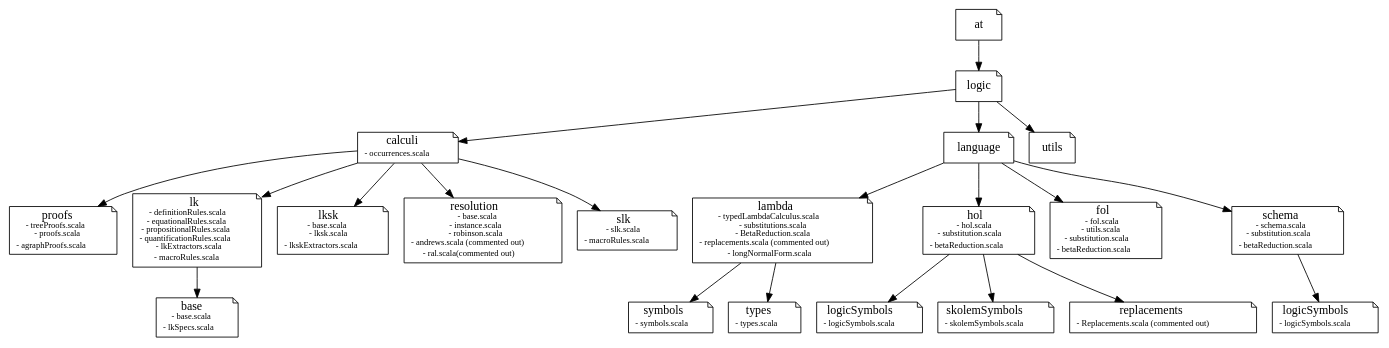
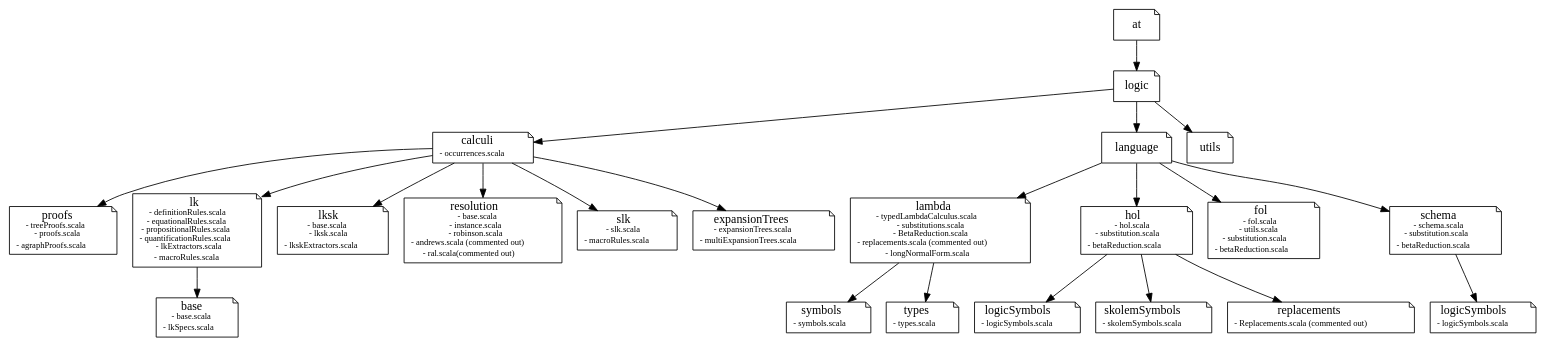
One commit to mschlaipfer/gapt changed the diagram in doc/packages.gv. Above: the diagram before and after it, drawn with Graphviz. The commit also changed 6 other files, not shown here.

Commit message:
Expansion trees is ok. This finishes package syntax.

```diff
--- a/doc/packages.gv
+++ b/doc/packages.gv
@@ -1,39 +1,41 @@
 # Command: dot packages.gv -Tpng > packages.png
 
 digraph G {
   node [shape=note];
   lambda [label=< lambda<br/><font point-size="10pt">- typedLambdaCalculus.scala<br/>- substitutions.scala<br/>- BetaReduction.scala<br/>- replacements.scala (commented out)<br/>- longNormalForm.scala</font> >]
   symbols [label=< symbols<br/><font point-size="10pt">- symbols.scala</font> >]
   types [label=< types<br/><font point-size="10pt">- types.scala</font> >]
   hol [label=< hol<br/><font point-size="10pt">- hol.scala<br/>- substitution.scala<br/>- betaReduction.scala</font> >]
   logicSymbols [label=< logicSymbols<br/><font point-size="10pt">- logicSymbols.scala</font> >]
   skolemSymbols [label=< skolemSymbols<br/><font point-size="10pt">- skolemSymbols.scala</font> >]
   replacements [label=< replacements<br/><font point-size="10pt">- Replacements.scala (commented out)</font> >]
   fol [label=< fol<br/><font point-size="10pt">- fol.scala<br/>- utils.scala<br/>- substitution.scala<br/>- betaReduction.scala</font> >]
   schema [label=< schema<br/><font point-size="10pt">- schema.scala<br/>- substitution.scala<br/>- betaReduction.scala</font> >]
   logicSymbols_schema [label=< logicSymbols<br/><font point-size="10pt">- logicSymbols.scala</font> >]
   calculi [label=< calculi<br/><font point-size="10pt">- occurrences.scala</font> >]
   proofs [label=< proofs<br/><font point-size="10pt">- treeProofs.scala<br/>- proofs.scala<br/>- agraphProofs.scala</font> >]
   lk [label=< lk<br/><font point-size="10pt">- definitionRules.scala<br/>- equationalRules.scala<br/>- propositionalRules.scala<br/>- quantificationRules.scala<br/>- lkExtractors.scala<br/>- macroRules.scala</font> >]
   base [label=< base<br/><font point-size="10pt">- base.scala<br/>- lkSpecs.scala</font> >]
   lksk [label=< lksk<br/><font point-size="10pt">- base.scala<br/>- lksk.scala<br/>- lkskExtractors.scala</font> >]
   resolution [label=< resolution<br/><font point-size="10pt">- base.scala<br/>- instance.scala<br/>- robinson.scala<br/>- andrews.scala (commented out)<br/>- ral.scala(commented out)</font> >]
   slk [label=< slk<br/><font point-size="10pt">- slk.scala<br/>- macroRules.scala</font> >]
+  expansionTrees [label=< expansionTrees<br/><font point-size="10pt">- expansionTrees.scala<br/>- multiExpansionTrees.scala</font> >]
   at -> logic -> language -> lambda -> symbols;
   lambda -> types;
   language -> hol;
   hol -> logicSymbols;
   hol -> skolemSymbols;
   hol -> replacements;
   language -> fol;
   language -> schema;
   schema -> logicSymbols_schema;
   logic -> utils;
   logic -> calculi;
   calculi -> proofs;
   calculi -> lk;
   lk -> base;
   calculi -> lksk;
   calculi -> resolution;
   calculi -> slk;
+  calculi -> expansionTrees;
 }
```
